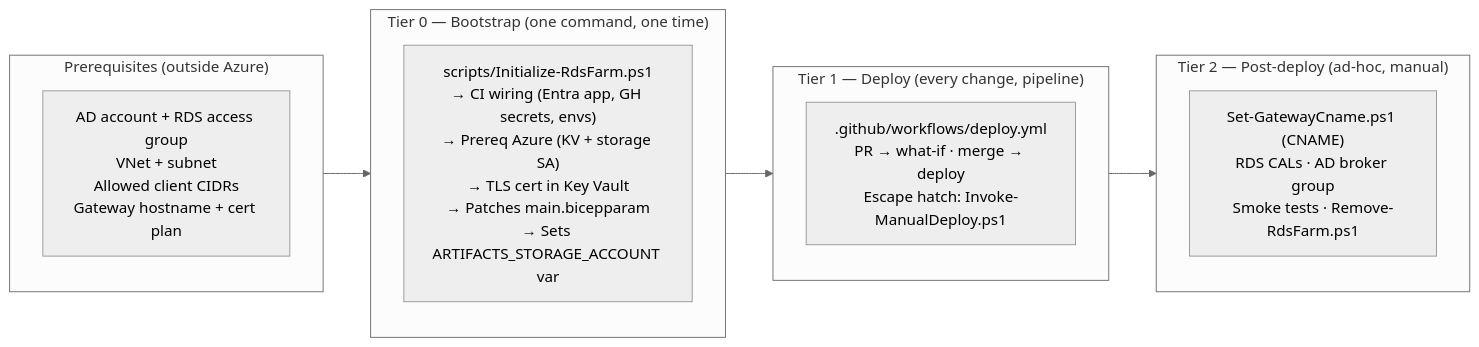
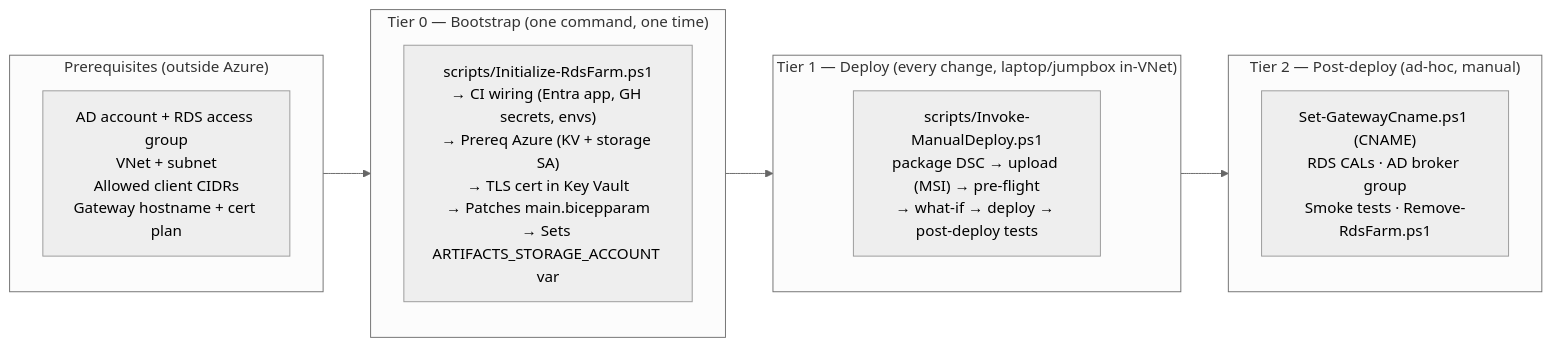
Before and after one commit to JozoSlejko/rds-farm: the second of 2 diagrams in README.md, drawn with Mermaid (neutral theme). The commit also changed other lines of this file and 4 other files, not shown here.

First line of the commit message:
Docs: make manual laptop/jumpbox deploy the primary path; fix doc/code mismatches

````diff
--- a/README.md
+++ b/README.md
@@ -52,21 +52,21 @@
 ```mermaid
 flowchart LR
     subgraph PR["Prerequisites (outside Azure)"]
         direction TB
         AD["AD account + RDS access group<br/>VNet + subnet<br/>Allowed client CIDRs<br/>Gateway hostname + cert plan"]
     end
     subgraph T0["Tier 0 — Bootstrap (one command, one time)"]
         direction TB
         BS["scripts/Initialize-RdsFarm.ps1<br/>→ CI wiring (Entra app, GH secrets, envs)<br/>→ Prereq Azure (KV + storage SA)<br/>→ TLS cert in Key Vault<br/>→ Patches main.bicepparam<br/>→ Sets ARTIFACTS_STORAGE_ACCOUNT var"]
     end
-    subgraph T1["Tier 1 — Deploy (every change, pipeline)"]
+    subgraph T1["Tier 1 — Deploy (every change, laptop/jumpbox in-VNet)"]
         direction TB
-        WF[".github/workflows/deploy.yml<br/>PR → what-if · merge → deploy<br/>Escape hatch: Invoke-ManualDeploy.ps1"]
+        WF["scripts/Invoke-ManualDeploy.ps1<br/>package DSC → upload (MSI) → pre-flight<br/>→ what-if → deploy → post-deploy tests"]
     end
     subgraph T2["Tier 2 — Post-deploy (ad-hoc, manual)"]
         direction TB
         DNS["Set-GatewayCname.ps1 (CNAME)<br/>RDS CALs · AD broker group<br/>Smoke tests · Remove-RdsFarm.ps1"]
     end
 
     PR --> T0 --> T1 --> T2
 ```
````
